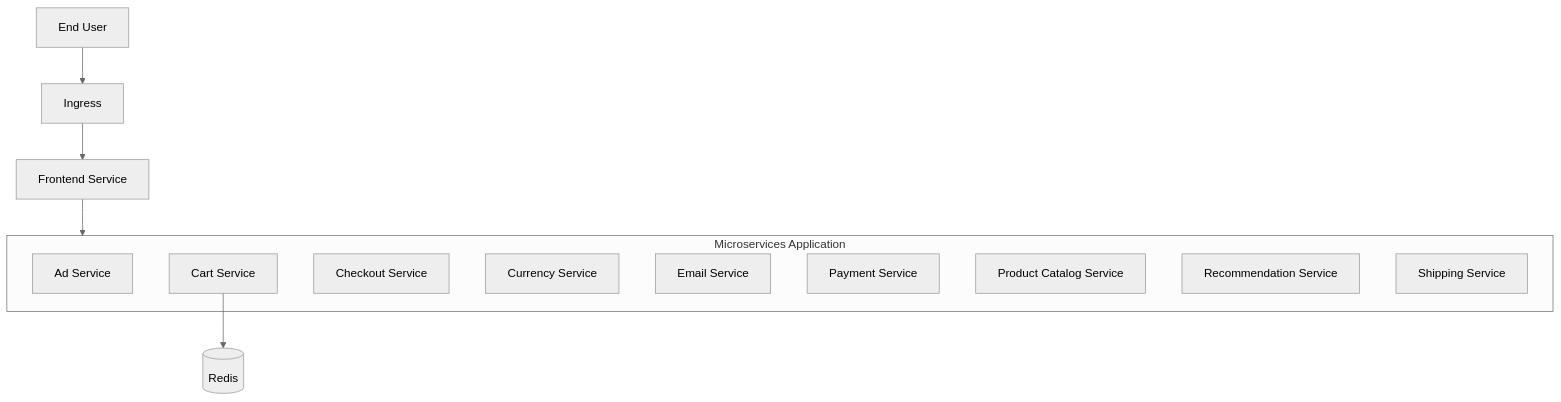
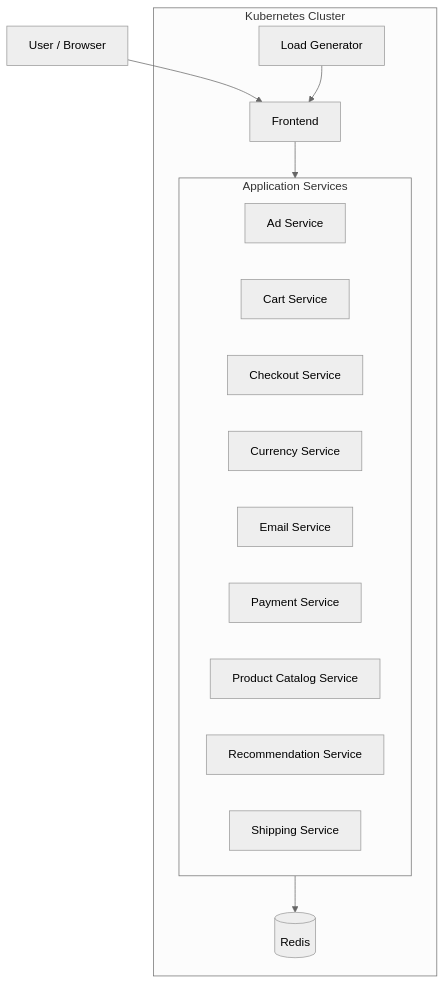
The first of 3 diagrams in README.md (MahbodRahimian/microservices-demo-kubernetes), drawn with Mermaid (neutral theme) before and after one commit. The commit also changed other lines of this file, not shown here.

````diff
--- a/README.md
+++ b/README.md
@@ -35,25 +54,28 @@
 ```mermaid
 flowchart TB
-    User[End User]
-    Ingress[Ingress]
-    Frontend[Frontend Service]
+    User[User / Browser]
 
-    subgraph Application["Microservices Application"]
-        Ad[Ad Service]
-        Cart[Cart Service]
-        Checkout[Checkout Service]
-        Currency[Currency Service]
-        Email[Email Service]
-        Payment[Payment Service]
-        Catalog[Product Catalog Service]
-        Recommendation[Recommendation Service]
-        Shipping[Shipping Service]
+    subgraph Kubernetes["Kubernetes Cluster"]
+        Frontend[Frontend]
+
+        subgraph Services["Application Services"]
+            Ad[Ad Service]
+            Cart[Cart Service]
+            Checkout[Checkout Service]
+            Currency[Currency Service]
+            Email[Email Service]
+            Payment[Payment Service]
+            Product[Product Catalog Service]
+            Recommendation[Recommendation Service]
+            Shipping[Shipping Service]
+        end
+
+        Redis[(Redis)]
+        LoadGen[Load Generator]
     end
 
-    Redis[(Redis)]
-
-    User --> Ingress
-    Ingress --> Frontend
-    Frontend --> Application
-    Cart --> Redis
+    User --> Frontend
+    Frontend --> Services
+    Services --> Redis
+    LoadGen --> Frontend
 ```
````
